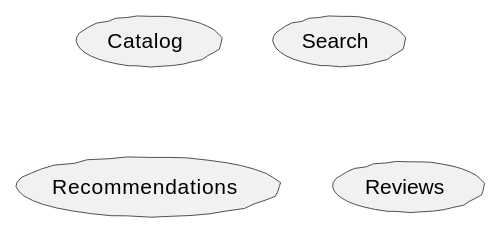
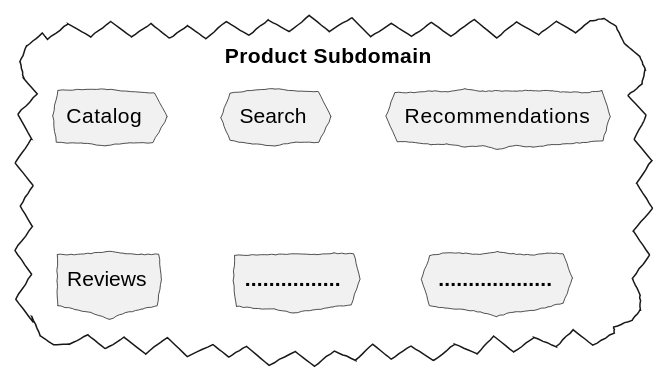
The fourth of 4 diagrams in src/docs/asciidoc/chapters/01-ddd-rationale.adoc (PacktPublishing/Domain-Driven-Design-with-Java-A-Practitioner-s-Guide), drawn with PlantUML before and after one commit. The commit also changed other lines of this file and 9 other files, not shown here.

```diff
--- a/src/docs/asciidoc/chapters/01-ddd-rationale.adoc
+++ b/src/docs/asciidoc/chapters/01-ddd-rationale.adoc
@@ -183,10 +239,15 @@
 [plantuml,subdomains]
 ....
 @startuml
+skinparam monochrome true
 skinparam handwritten true
-usecase Catalog
-usecase Search
-usecase Recommendations
-usecase Reviews
+  cloud "Product Subdomain" {
+  cloud Catalog
+  cloud Search
+  cloud Recommendations
+  cloud Reviews
+  cloud "<b>................" as c1
+  cloud "<b>..................." as c2
+}
 @enduml
 ....
```
